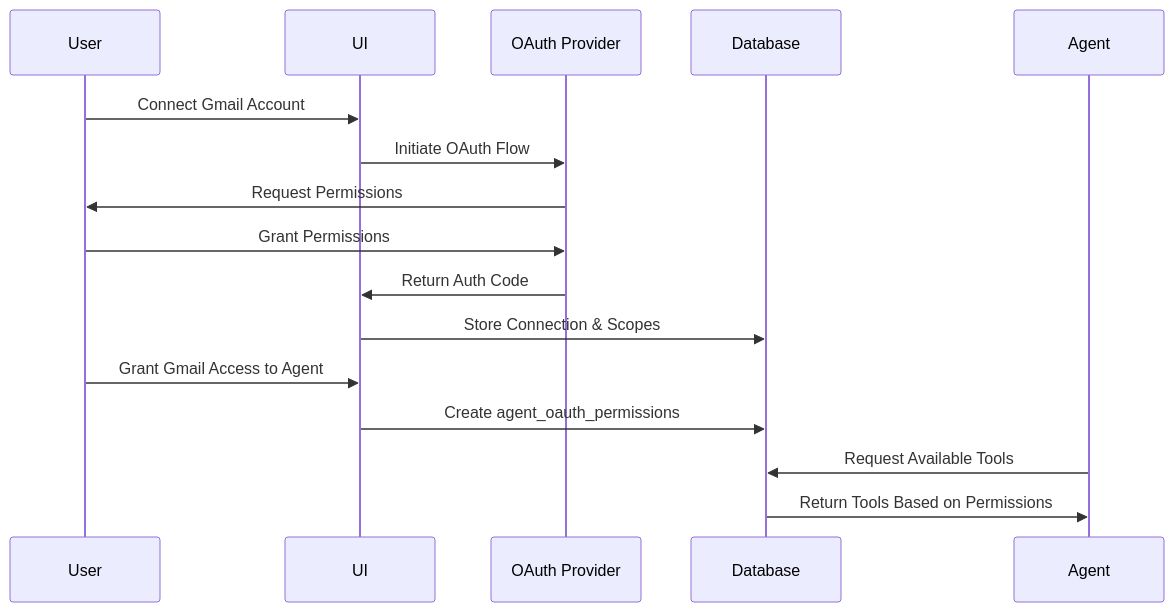
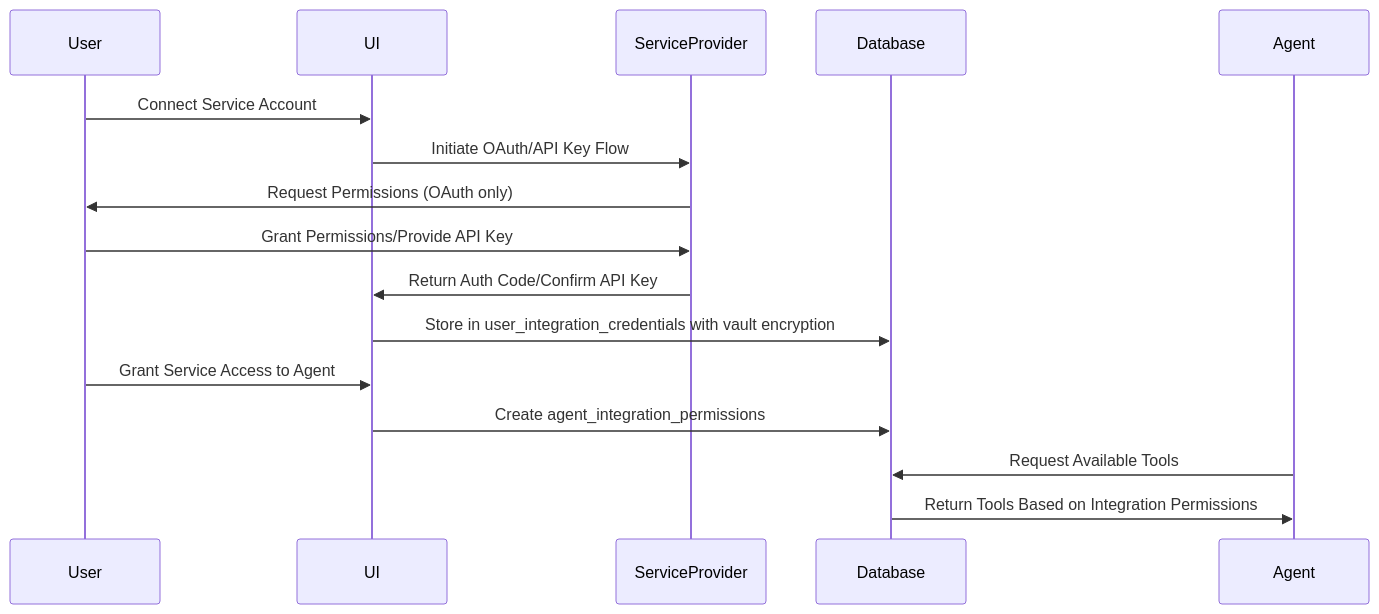
The first of 2 diagrams in .cursor/rules/premium/sops/tool_use/agent_tool_use_protocol.mdc (maverick-software/agentopia), drawn with Mermaid before and after one commit. The commit also changed other lines of this file and 33 other files, not shown here.

First line of the commit message:
Update Integration Framework and Documentation for Service Providers

````diff
--- a/.cursor/rules/premium/sops/tool_use/agent_tool_use_protocol.mdc
+++ b/.cursor/rules/premium/sops/tool_use/agent_tool_use_protocol.mdc
@@ -198,21 +224,21 @@
 ```mermaid
 sequenceDiagram
     participant User
     participant UI
-    participant OAuth Provider
+    participant ServiceProvider
     participant Database
     participant Agent
     
-    User->>UI: Connect Gmail Account
-    UI->>OAuth Provider: Initiate OAuth Flow
-    OAuth Provider->>User: Request Permissions
-    User->>OAuth Provider: Grant Permissions
-    OAuth Provider->>UI: Return Auth Code
-    UI->>Database: Store Connection & Scopes
+    User->>UI: Connect Service Account
+    UI->>ServiceProvider: Initiate OAuth/API Key Flow
+    ServiceProvider->>User: Request Permissions (OAuth only)
+    User->>ServiceProvider: Grant Permissions/Provide API Key
+    ServiceProvider->>UI: Return Auth Code/Confirm API Key
+    UI->>Database: Store in user_integration_credentials with vault encryption
     
-    User->>UI: Grant Gmail Access to Agent
-    UI->>Database: Create agent_oauth_permissions
+    User->>UI: Grant Service Access to Agent
+    UI->>Database: Create agent_integration_permissions
     
     Agent->>Database: Request Available Tools
-    Database->>Agent: Return Tools Based on Permissions
+    Database->>Agent: Return Tools Based on Integration Permissions
 ```
````
